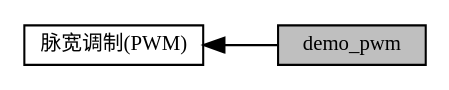
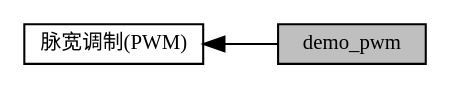
Before and after one commit to cuishengen/cuishengen.github.io: the diagram in group__demo__if__pwm.dot, drawn with Graphviz. The commit also changed 212 other files, not shown here.

```diff
--- a/group__demo__if__pwm.dot
+++ b/group__demo__if__pwm.dot
@@ -1,9 +1,9 @@
 digraph "demo_pwm"
 {
   edge [fontname="黑体",fontsize="10",labelfontname="黑体",labelfontsize="10"];
-  node [fontname="黑体",fontsize="10",shape=record];
+  node [fontname="黑体",fontsize="10",shape=box];
   rankdir=LR;
-  Node0 [label="demo_pwm",height=0.2,width=0.4,color="black", fillcolor="grey75", style="filled", fontcolor="black"];
-  Node1 [label="脉宽调制(PWM)",height=0.2,width=0.4,color="black", fillcolor="white", style="filled",URL="$group__mwv__demo__pwm.html",tooltip="所有的PWM相关例程 "];
+  Node0 [label="demo_pwm",height=0.2,width=0.4,color="black", fillcolor="grey75", style="filled", fontcolor="black",tooltip=" "];
+  Node1 [label="脉宽调制(PWM)",height=0.2,width=0.4,color="black", fillcolor="white", style="filled",URL="$group__mwv__demo__pwm.html",tooltip="所有的PWM相关例程"];
   Node1->Node0 [shape=plaintext, dir="back", style="solid"];
 }
```
